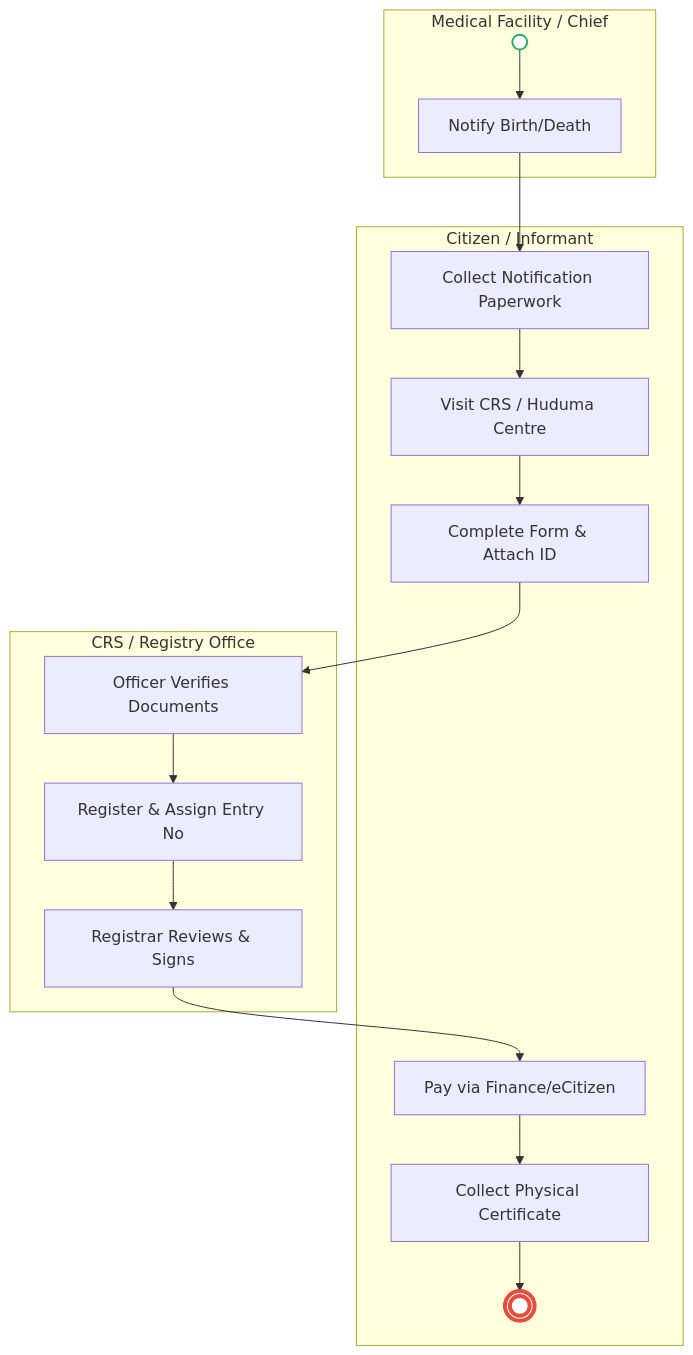
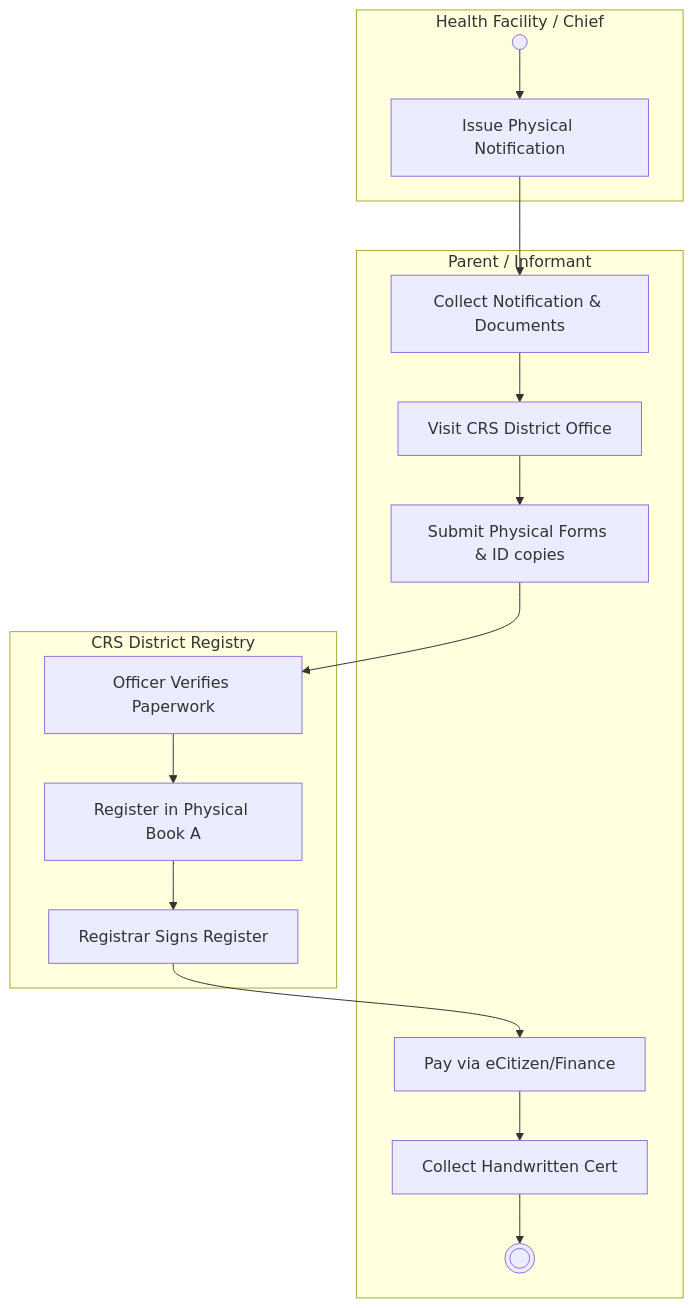
Before and after one commit to BITZ-IT-Consulting-LTD/ictapoc: the first of 5 diagrams in mdas/docs_final/priority_mdas/_CIVIL_REGISTRATION_SERVICES_CRS___Service_Delivery.md, drawn with Mermaid. The commit also changed other lines of this file and 27 other files, not shown here.

````diff
--- a/mdas/docs_final/priority_mdas/_CIVIL_REGISTRATION_SERVICES_CRS___Service_Delivery.md
+++ b/mdas/docs_final/priority_mdas/_CIVIL_REGISTRATION_SERVICES_CRS___Service_Delivery.md
@@ -40,24 +56,21 @@
 ```mermaid
 flowchart TD
-    subgraph Location["Medical Facility / Chief"]
-        Start(( )) --> A1[Notify Birth/Death]
+    subgraph Facility_Chief["Health Facility / Chief"]
+        Start1(( )) --> A1[Issue Physical Notification]
     end
 
-    subgraph Informant["Citizen / Informant"]
-        A1 --> B1[Collect Notification Paperwork]
-        B1 --> B2[Visit CRS / Huduma Centre]
-        B2 --> B3[Complete Form & Attach ID]
-        B7[Pay via Finance/eCitizen] --> B8[Collect Physical Certificate]
-        B8 --> End((( )))
+    subgraph Informant["Parent / Informant"]
+        A1 --> B1[Collect Notification & Documents]
+        B1 --> B2[Visit CRS District Office]
+        B2 --> B3[Submit Physical Forms & ID copies]
+        B7[Pay via eCitizen/Finance] --> B8[Collect Handwritten Cert]
+        B8 --> End1((( )))
     end
 
-    subgraph CRS["CRS / Registry Office"]
-        B3 --> C1[Officer Verifies Documents]
-        C1 --> C2[Register & Assign Entry No]
-        C2 --> C3[Registrar Reviews & Signs]
+    subgraph CRS["CRS District Registry"]
+        B3 --> C1[Officer Verifies Paperwork]
+        C1 --> C2[Register in Physical Book A]
+        C2 --> C3[Registrar Signs Register]
         C3 --> B7
     end
-
-    style Start fill:#fff,stroke:#27ae60,stroke-width:2px
-    style End fill:#fff,stroke:#e74c3c,stroke-width:4px
 ```
````
